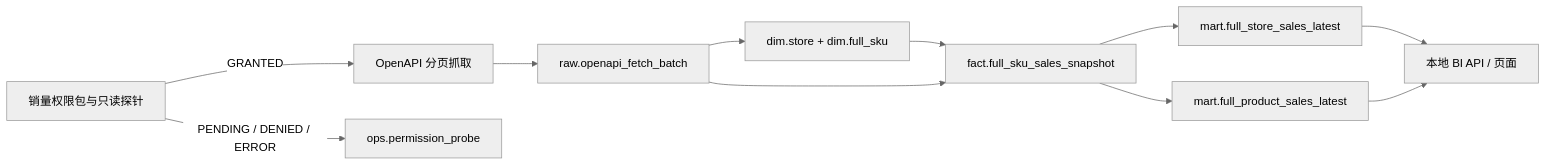
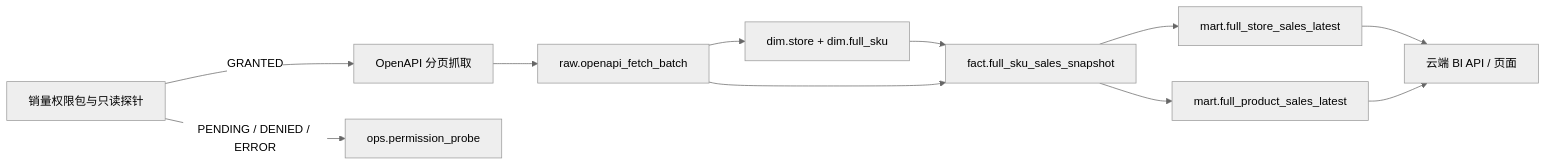
Before and after one commit to dushengyi1993/shein-full-managed-bi: the diagram in docs/architecture.md, drawn with Mermaid (neutral theme). The commit also changed other lines of this file and 49 other files, not shown here.

````diff
--- a/docs/architecture.md
+++ b/docs/architecture.md
@@ -11,13 +11,13 @@
 ```mermaid
 flowchart LR
     P["销量权限包与只读探针"] -->|GRANTED| F["OpenAPI 分页抓取"]
     P -->|PENDING / DENIED / ERROR| O["ops.permission_probe"]
     F --> R["raw.openapi_fetch_batch"]
     R --> D["dim.store + dim.full_sku"]
     D --> S["fact.full_sku_sales_snapshot"]
     R --> S
     S --> M1["mart.full_store_sales_latest"]
     S --> M2["mart.full_product_sales_latest"]
-    M1 --> BI["本地 BI API / 页面"]
+    M1 --> BI["云端 BI API / 页面"]
     M2 --> BI
 ```
````
